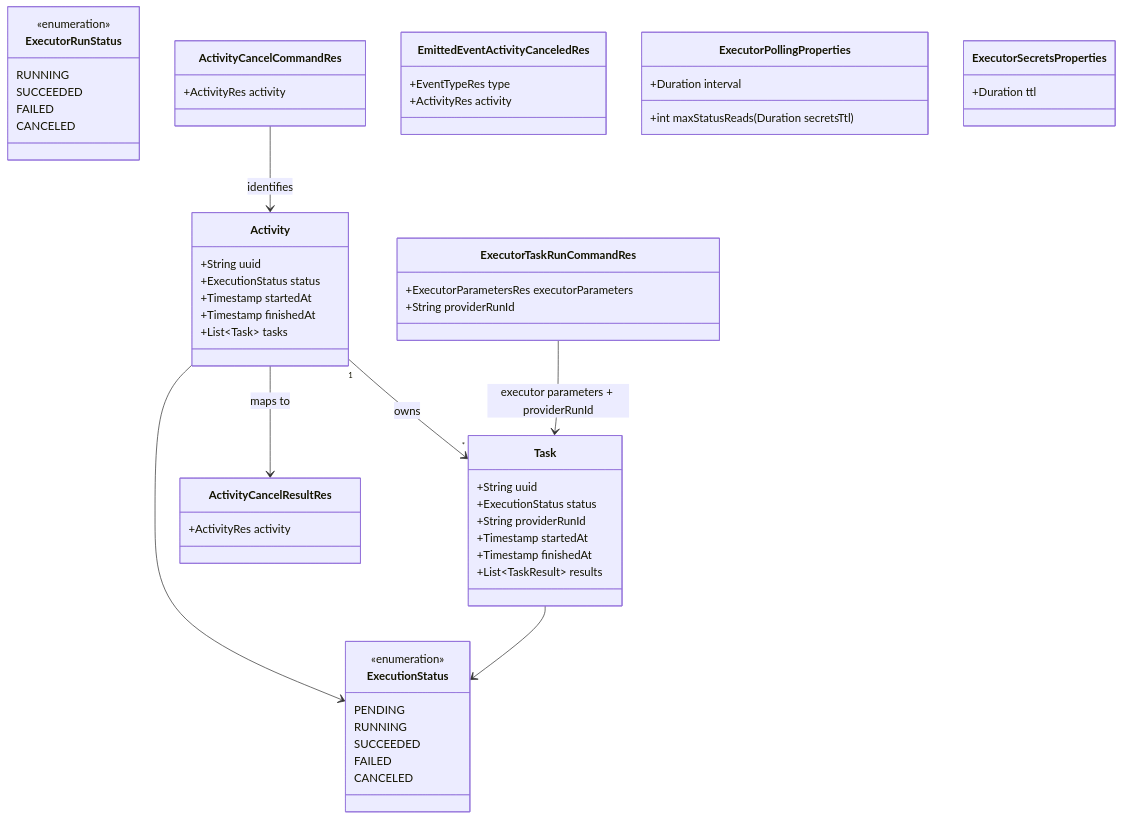
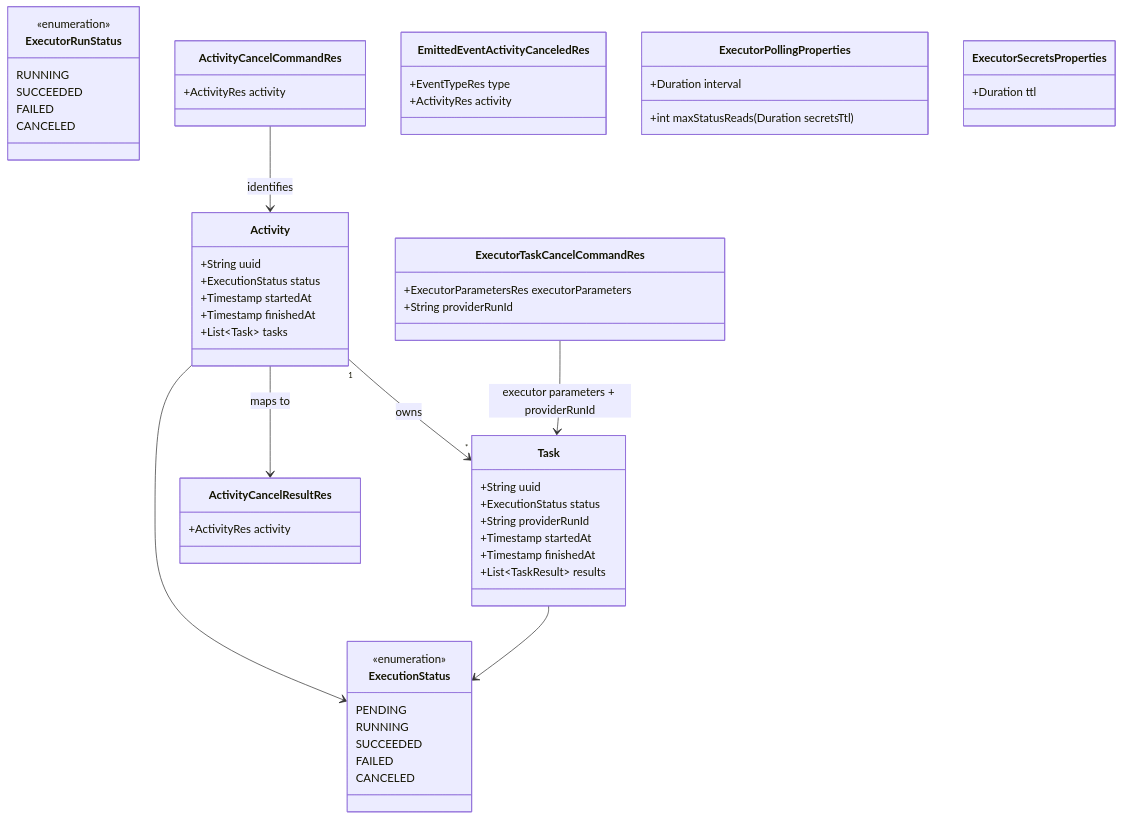
Before and after one commit to opendatamesh-initiative/odm-platform-pp-devops-server: the diagram in spdd/prompt/BDMD-5440-202610021738-[Feat]-service-full-control-cancel-error-paths.md, drawn with Mermaid. The commit also changed other lines of this file and 11 other files, not shown here.

First line of the commit message:
refactor: update executor command structure and enhance cancellation handling

````diff
--- a/spdd/prompt/BDMD-5440-202610021738-[Feat]-service-full-control-cancel-error-paths.md
+++ b/spdd/prompt/BDMD-5440-202610021738-[Feat]-service-full-control-cancel-error-paths.md
@@ -16,72 +16,72 @@
 ```mermaid
 classDiagram
   direction TB
 
   class Activity {
     +String uuid
     +ExecutionStatus status
     +Timestamp startedAt
     +Timestamp finishedAt
     +List~Task~ tasks
   }
 
   class Task {
     +String uuid
     +ExecutionStatus status
     +String providerRunId
     +Timestamp startedAt
     +Timestamp finishedAt
     +List~TaskResult~ results
   }
 
   class ExecutionStatus {
     <<enumeration>>
     PENDING
     RUNNING
     SUCCEEDED
     FAILED
     CANCELED
   }
 
   class ExecutorRunStatus {
     <<enumeration>>
     RUNNING
     SUCCEEDED
     FAILED
     CANCELED
   }
 
   class ActivityCancelCommandRes {
     +ActivityRes activity
   }
 
   class ActivityCancelResultRes {
     +ActivityRes activity
   }
 
-  class ExecutorTaskRunCommandRes {
+  class ExecutorTaskCancelCommandRes {
     +ExecutorParametersRes executorParameters
     +String providerRunId
   }
 
   class EmittedEventActivityCanceledRes {
     +EventTypeRes type
     +ActivityRes activity
   }
 
   class ExecutorPollingProperties {
     +Duration interval
     +int maxStatusReads(Duration secretsTtl)
   }
 
   class ExecutorSecretsProperties {
     +Duration ttl
   }
 
   Activity "1" --> "*" Task : owns
   Activity --> ExecutionStatus
   Task --> ExecutionStatus
   ActivityCancelCommandRes --> Activity : identifies
   Activity --> ActivityCancelResultRes : maps to
-  ExecutorTaskRunCommandRes --> Task : executor parameters + providerRunId
+  ExecutorTaskCancelCommandRes --> Task : executor parameters + providerRunId
 ```
````
